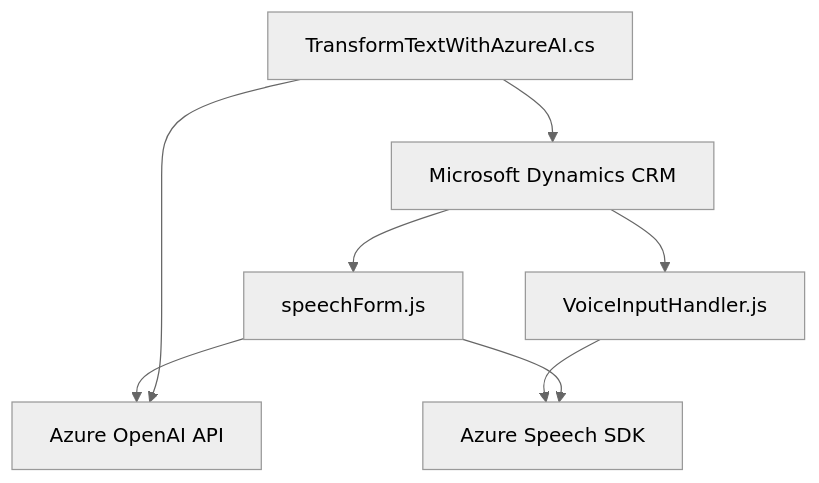
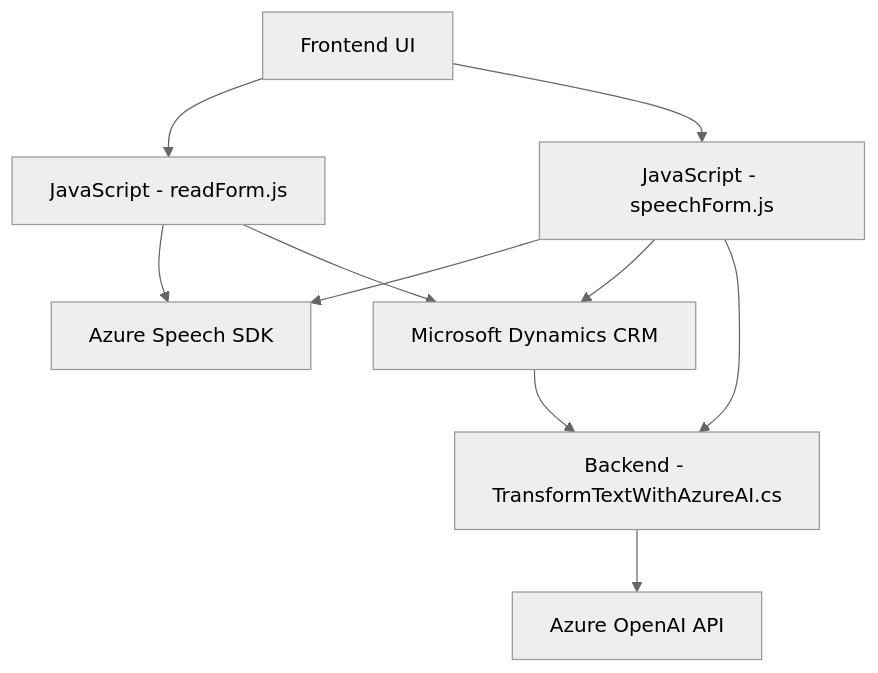
Before and after one commit to blopezdm/NETCORE_BILBAO2025: the diagram in README.md, drawn with Mermaid (neutral theme). The commit also changed other lines of this file, not shown here.

````diff
--- a/README.md
+++ b/README.md
@@ -43,17 +41,20 @@
 ```mermaid
 graph TD
-  A["VoiceInputHandler.js"]
-  B["speechForm.js"]
-  C["TransformTextWithAzureAI.cs"]
-  D["Microsoft Dynamics CRM"]
-  E["Azure Speech SDK"]
-  F["Azure OpenAI API"]
+    A[Frontend UI]
+    B[JavaScript - readForm.js]
+    C[JavaScript - speechForm.js]
+    D[Backend - TransformTextWithAzureAI.cs]
+    E[Microsoft Dynamics CRM]
+    F[Azure Speech SDK]
+    G[Azure OpenAI API]
 
-  A --> E
-  B --> E
-  B --> F
-  C --> F
-  C --> D
-  D --> A
-  D --> B
+    A --> B
+    B --> F["Azure Speech SDK"]
+    B --> E
+    A --> C
+    C --> F
+    C --> E
+    C --> D
+    E --> D
+    D --> G["Azure OpenAI API"]
 ```
````
